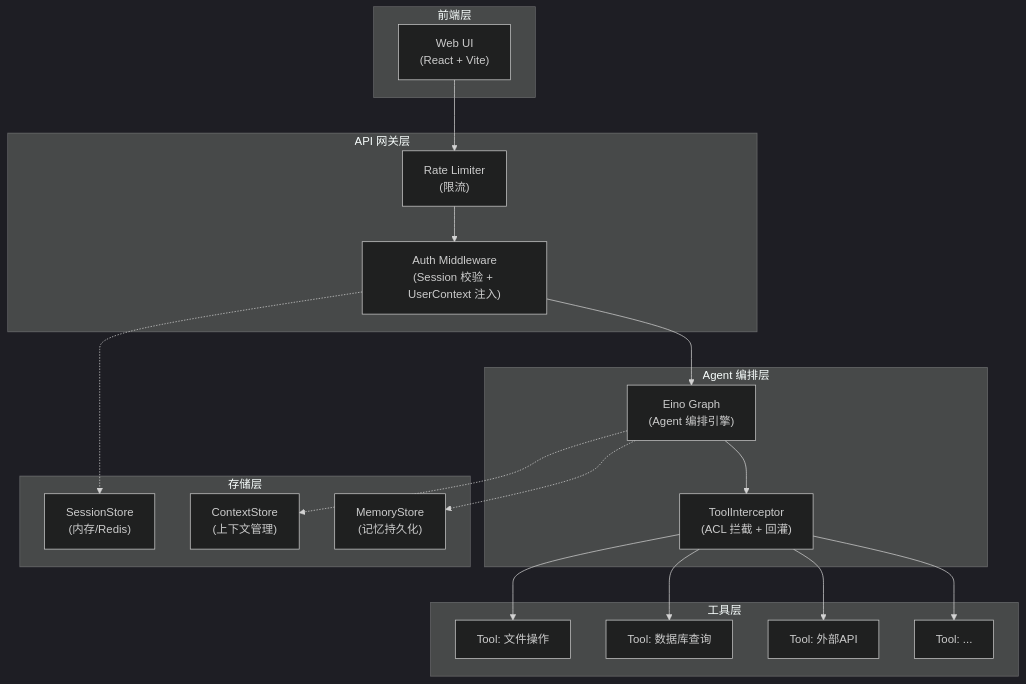
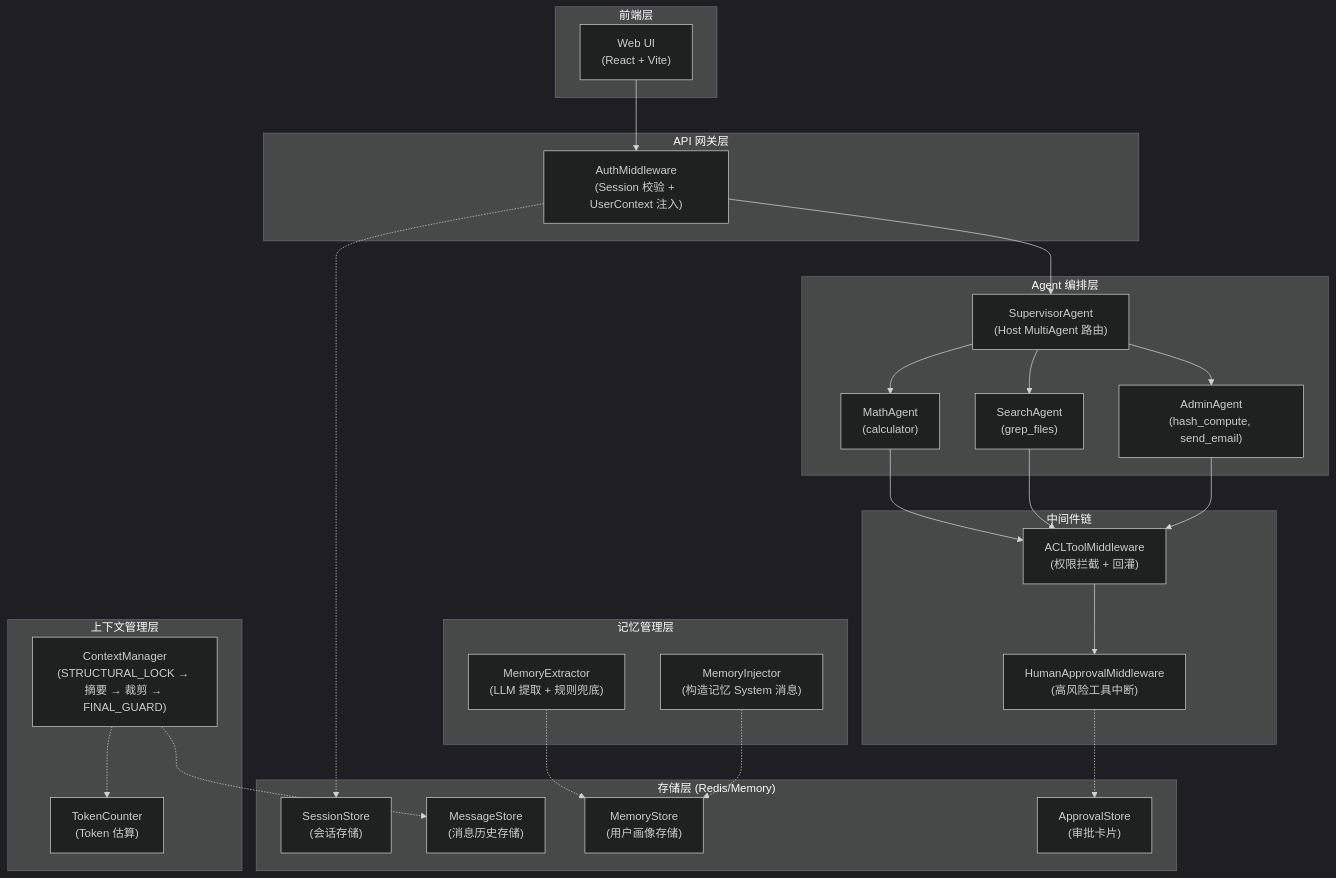
Before and after one commit to cling-2/Agent-Basic-Framework: the diagram in README.md, drawn with Mermaid (dark theme). The commit also changed other lines of this file, not shown here.

````diff
--- a/README.md
+++ b/README.md
@@ -43,35 +55,49 @@
 ```mermaid
 flowchart TB
     subgraph Frontend["前端层"]
         UI["Web UI<br/>(React + Vite)"]
     end
 
     subgraph Gateway["API 网关层"]
-        MW["Auth Middleware<br/>(Session 校验 + UserContext 注入)"]
-        RL["Rate Limiter<br/>(限流)"]
+        MW["AuthMiddleware<br/>(Session 校验 + UserContext 注入)"]
     end
 
     subgraph AgentLayer["Agent 编排层"]
-        EG["Eino Graph<br/>(Agent 编排引擎)"]
-        TI["ToolInterceptor<br/>(ACL 拦截 + 回灌)"]
+        SV["SupervisorAgent<br/>(Host MultiAgent 路由)"]
+        SA1["MathAgent<br/>(calculator)"]
+        SA2["SearchAgent<br/>(grep_files)"]
+        SA3["AdminAgent<br/>(hash_compute, send_email)"]
     end
 
-    subgraph ToolLayer["工具层"]
-        T1["Tool: 文件操作"]
-        T2["Tool: 数据库查询"]
-        T3["Tool: 外部API"]
-        TN["Tool: ..."]
+    subgraph Middleware["中间件链"]
+        ACL["ACLToolMiddleware<br/>(权限拦截 + 回灌)"]
+        HITL["HumanApprovalMiddleware<br/>(高风险工具中断)"]
     end
 
-    subgraph StorageLayer["存储层"]
-        SS["SessionStore<br/>(内存/Redis)"]
-        CS["ContextStore<br/>(上下文管理)"]
-        MS["MemoryStore<br/>(记忆持久化)"]
+    subgraph ContextLayer["上下文管理层"]
+        CM["ContextManager<br/>(STRUCTURAL_LOCK → 摘要 → 裁剪 → FINAL_GUARD)"]
+        TC["TokenCounter<br/>(Token 估算)"]
     end
 
-    UI --> RL --> MW --> EG
-    EG --> TI --> T1 & T2 & T3 & TN
+    subgraph MemoryLayer["记忆管理层"]
+        ME["MemoryExtractor<br/>(LLM 提取 + 规则兜底)"]
+        MI["MemoryInjector<br/>(构造记忆 System 消息)"]
+    end
+
+    subgraph StorageLayer["存储层 (Redis/Memory)"]
+        SS["SessionStore<br/>(会话存储)"]
+        MS["MessageStore<br/>(消息历史存储)"]
+        MM["MemoryStore<br/>(用户画像存储)"]
+        AS["ApprovalStore<br/>(审批卡片)"]
+    end
+
+    UI --> MW --> SV
+    SV --> SA1 & SA2 & SA3
+    SA1 & SA2 & SA3 --> ACL --> HITL
     MW -.-> SS
-    EG -.-> CS
-    EG -.-> MS
+    CM -.-> TC
+    ME -.-> MM
+    MI -.-> MM
+    CM -.-> MS
+    HITL -.-> AS
 ```
````
